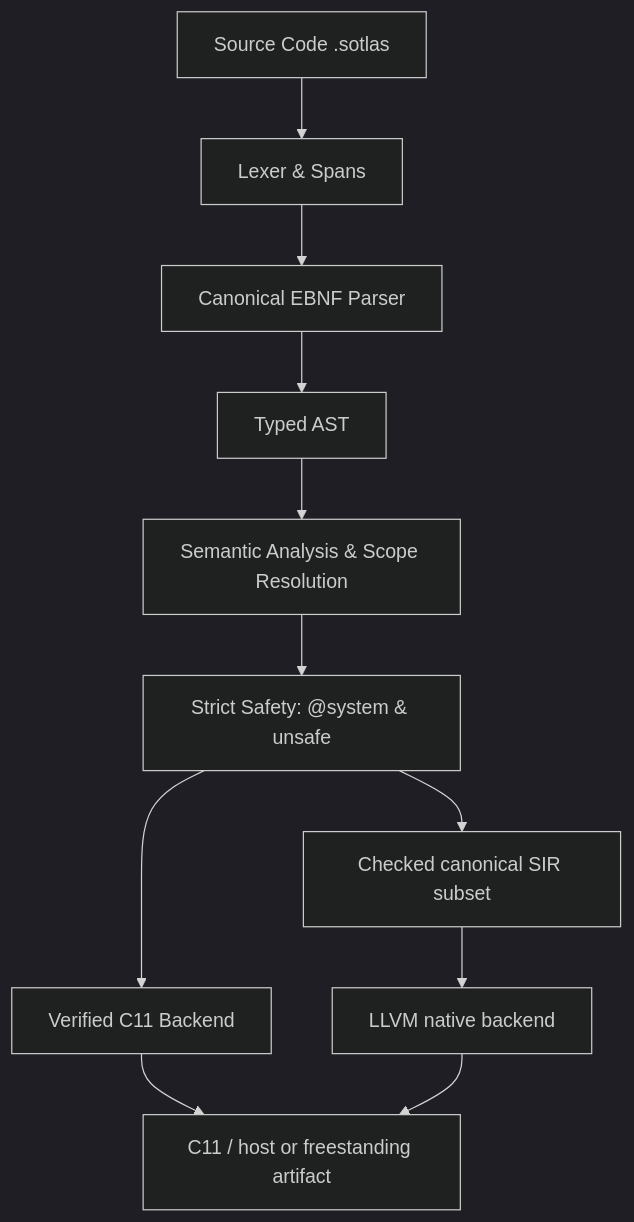
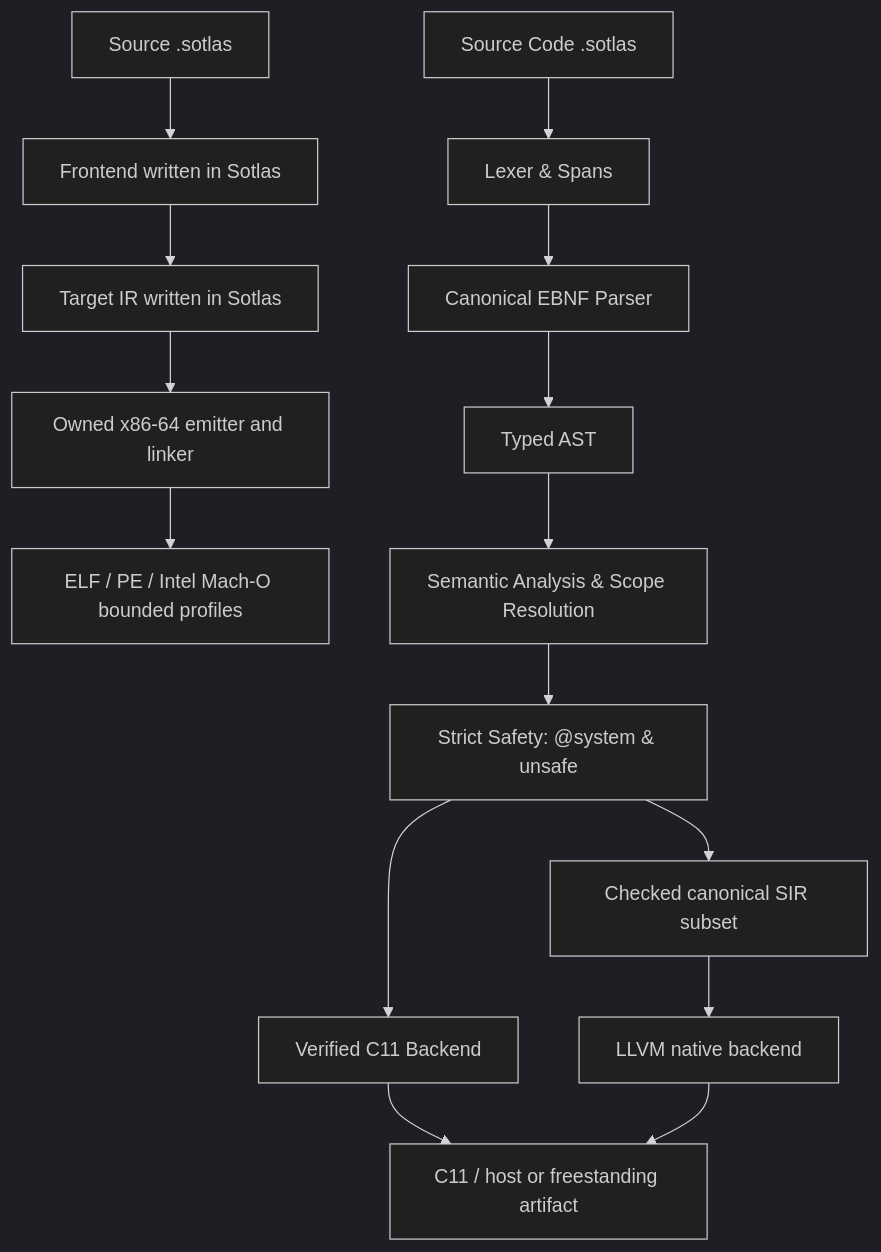
The diagram in README.md (HPinho/sotlas_dev), drawn with Mermaid (dark theme) before and after one commit. The commit also changed other lines of this file and 8 other files, not shown here.

````diff
--- a/README.md
+++ b/README.md
@@ -201,13 +207,17 @@
 ```mermaid
 graph TD
+    NSRC[Source .sotlas] --> NFRONT[Frontend written in Sotlas]
+    NFRONT --> NIR[Target IR written in Sotlas]
+    NIR --> NBACK[Owned x86-64 emitter and linker]
+    NBACK --> NOUT[ELF / PE / Intel Mach-O bounded profiles]
     SRC[Source Code .sotlas] --> LEX[Lexer & Spans]
     LEX --> PARSE[Canonical EBNF Parser]
     PARSE --> AST[Typed AST]
     AST --> SEMA[Semantic Analysis & Scope Resolution]
     SEMA --> SAFETY[Strict Safety: @system & unsafe]
     SAFETY --> C11[Verified C11 Backend]
     SAFETY --> CSIR[Checked canonical SIR subset]
     CSIR --> LLVM[LLVM native backend]
     C11 --> OUT[ C11 / host or freestanding artifact ]
     LLVM --> OUT
 ```
````
